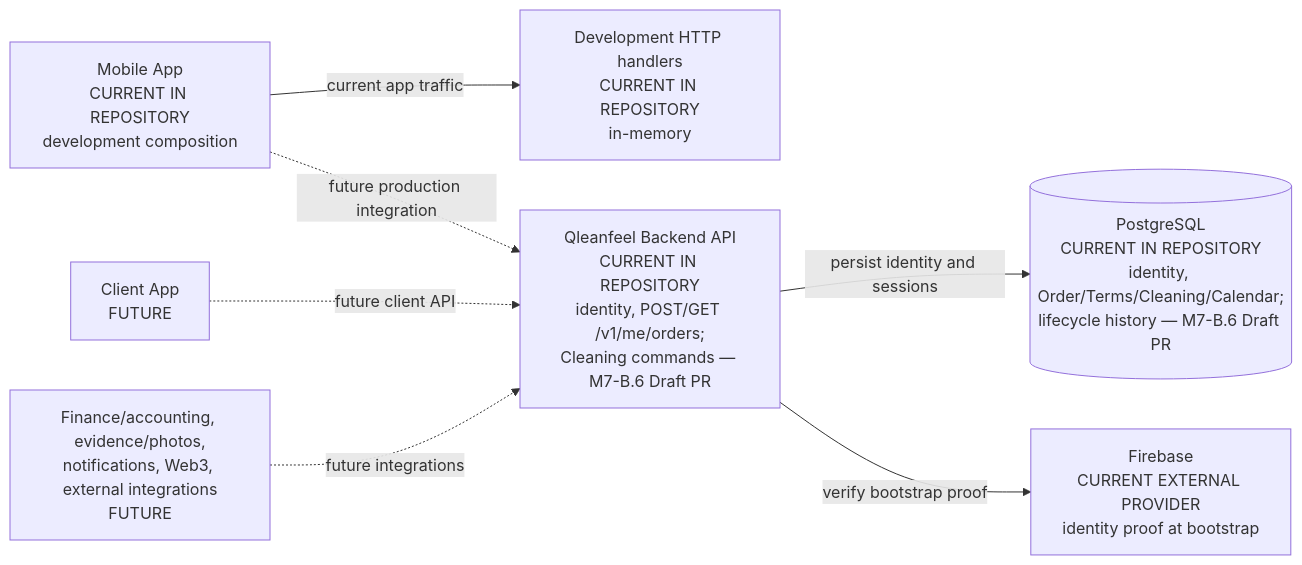
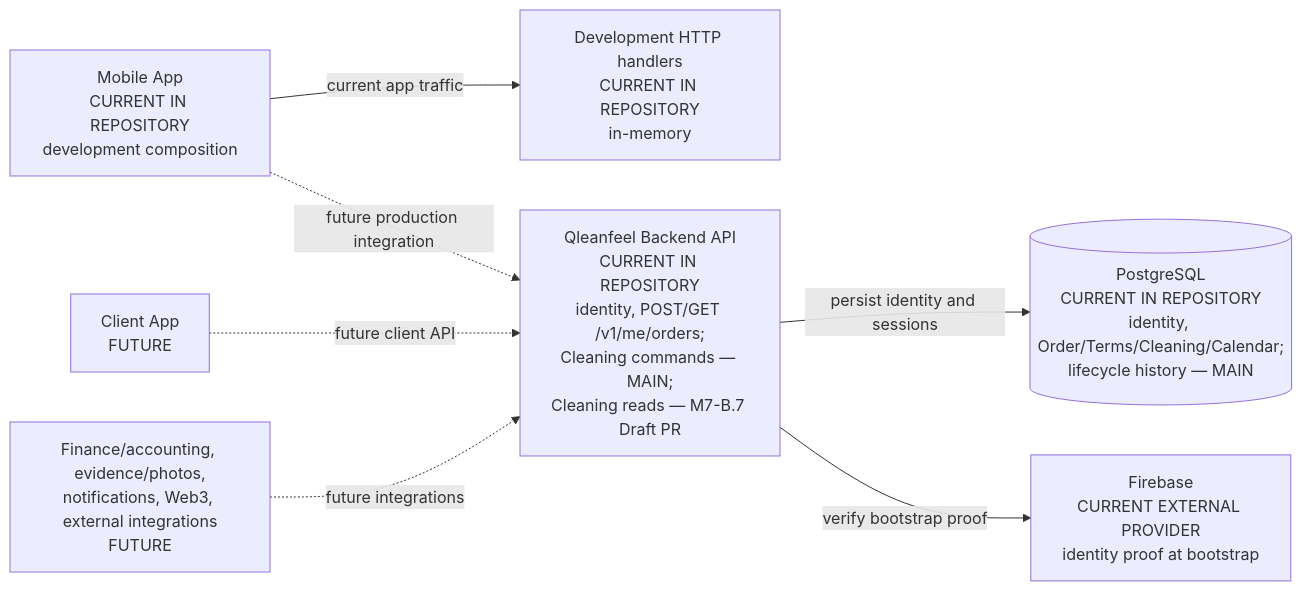
Before and after one commit to qleanfeel-bot/qleanfeel-rn: the first of 9 diagrams in docs/ARCHITECTURE_MAP.md, drawn with Mermaid. The commit also changed other lines of this file and 12 other files, not shown here.

Commit message:
feat(cleanings): add retrieval and lifecycle history reads

````diff
--- a/docs/ARCHITECTURE_MAP.md
+++ b/docs/ARCHITECTURE_MAP.md
@@ -9,17 +9,17 @@
 ```mermaid
 flowchart LR
   Mobile["Mobile App<br/>CURRENT IN REPOSITORY<br/>development composition"]
   DevHTTP["Development HTTP handlers<br/>CURRENT IN REPOSITORY<br/>in-memory"]
-  Backend["Qleanfeel Backend API<br/>CURRENT IN REPOSITORY<br/>identity, POST/GET /v1/me/orders;<br/>Cleaning commands — M7-B.6 Draft PR"]
-  DB[("PostgreSQL<br/>CURRENT IN REPOSITORY<br/>identity, Order/Terms/Cleaning/Calendar;<br/>lifecycle history — M7-B.6 Draft PR")]
+  Backend["Qleanfeel Backend API<br/>CURRENT IN REPOSITORY<br/>identity, POST/GET /v1/me/orders;<br/>Cleaning commands — MAIN;<br/>Cleaning reads — M7-B.7 Draft PR"]
+  DB[("PostgreSQL<br/>CURRENT IN REPOSITORY<br/>identity, Order/Terms/Cleaning/Calendar;<br/>lifecycle history — MAIN")]
   Firebase["Firebase<br/>CURRENT EXTERNAL PROVIDER<br/>identity proof at bootstrap"]
   Client["Client App<br/>FUTURE"]
   Other["Finance/accounting, evidence/photos,<br/>notifications, Web3, external integrations<br/>FUTURE"]
 
   Mobile -->|"current app traffic"| DevHTTP
   Mobile -.->|"future production integration"| Backend
   Backend -->|"persist identity and sessions"| DB
   Backend -->|"verify bootstrap proof"| Firebase
   Client -.->|"future client API"| Backend
   Other -.->|"future integrations"| Backend
 ```
````
